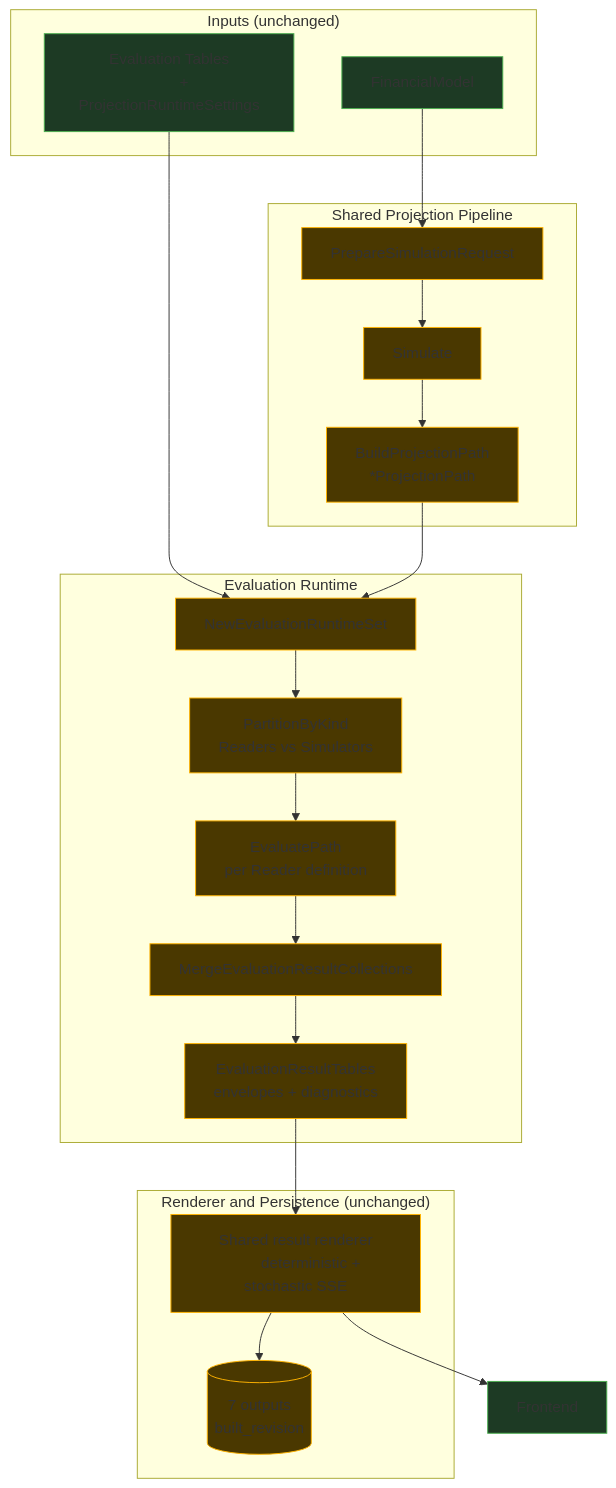
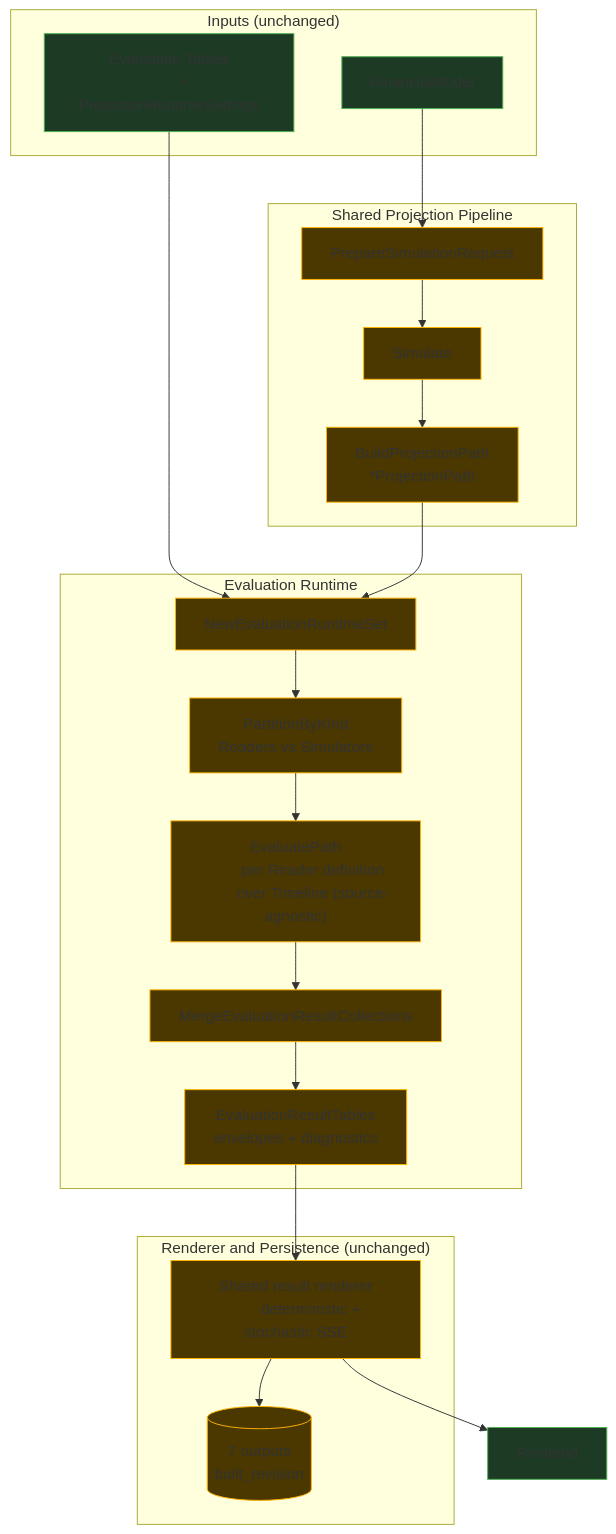
Before and after one commit to SimHoZebs/net-worth-estimator: the diagram in docs/diagrams/changes/evaluation-worker-before.mmd, drawn with Mermaid. The commit also changed 15 other files, not shown here.

Commit message:
feat(evaluations): source-agnostic Timeline for deterministic readers

```diff
--- a/docs/diagrams/changes/evaluation-worker-before.mmd
+++ b/docs/diagrams/changes/evaluation-worker-before.mmd
@@ -1,60 +1,61 @@
 flowchart TB
     subgraph IN["Inputs (unchanged)"]
         MODEL["FinancialModel"]
         CFG["Evaluation Tables
         + ProjectionRuntimeSettings"]
     end
 
     subgraph PIPE["Shared Projection Pipeline"]
         PREP["PrepareSimulationRequest"]
         SIM["Simulate"]
         PATH["BuildProjectionPath
         *ProjectionPath"]
     end
 
     subgraph RUNTIME["Evaluation Runtime"]
         SET["NewEvaluationRuntimeSet"]
         PART["PartitionByKind
         Readers vs Simulators"]
         EVAL["EvaluatePath
-        per Reader definition"]
+        per Reader definition
+        over Timeline (source-agnostic)"]
         MERGE["MergeEvaluationResultCollections"]
         TABLES["EvaluationResultTables
         envelopes + diagnostics"]
     end
 
     subgraph OUT["Renderer and Persistence (unchanged)"]
         RENDER["Shared result renderer
         deterministic + stochastic SSE"]
         OUTPUTS[("7 outputs
         built_revision")]
     end
 
     UI["Frontend"]
 
     MODEL --> PREP
     CFG --> SET
     PREP --> SIM
     SIM --> PATH
     PATH --> SET
     SET --> PART
     PART --> EVAL
     EVAL --> MERGE
     MERGE --> TABLES
     TABLES --> RENDER
     RENDER --> OUTPUTS
     RENDER --> UI
 
     style MODEL fill:#1d3a24,stroke:#4caf50
     style CFG fill:#1d3a24,stroke:#4caf50
     style PREP fill:#4a3800,stroke:#ffb300
     style SIM fill:#4a3800,stroke:#ffb300
     style PATH fill:#4a3800,stroke:#ffb300
     style SET fill:#4a3800,stroke:#ffb300
     style PART fill:#4a3800,stroke:#ffb300
     style EVAL fill:#4a3800,stroke:#ffb300
     style MERGE fill:#4a3800,stroke:#ffb300
     style TABLES fill:#4a3800,stroke:#ffb300
     style RENDER fill:#4a3800,stroke:#ffb300
     style OUTPUTS fill:#4a3800,stroke:#ffb300
     style UI fill:#1d3a24,stroke:#4caf50
```
